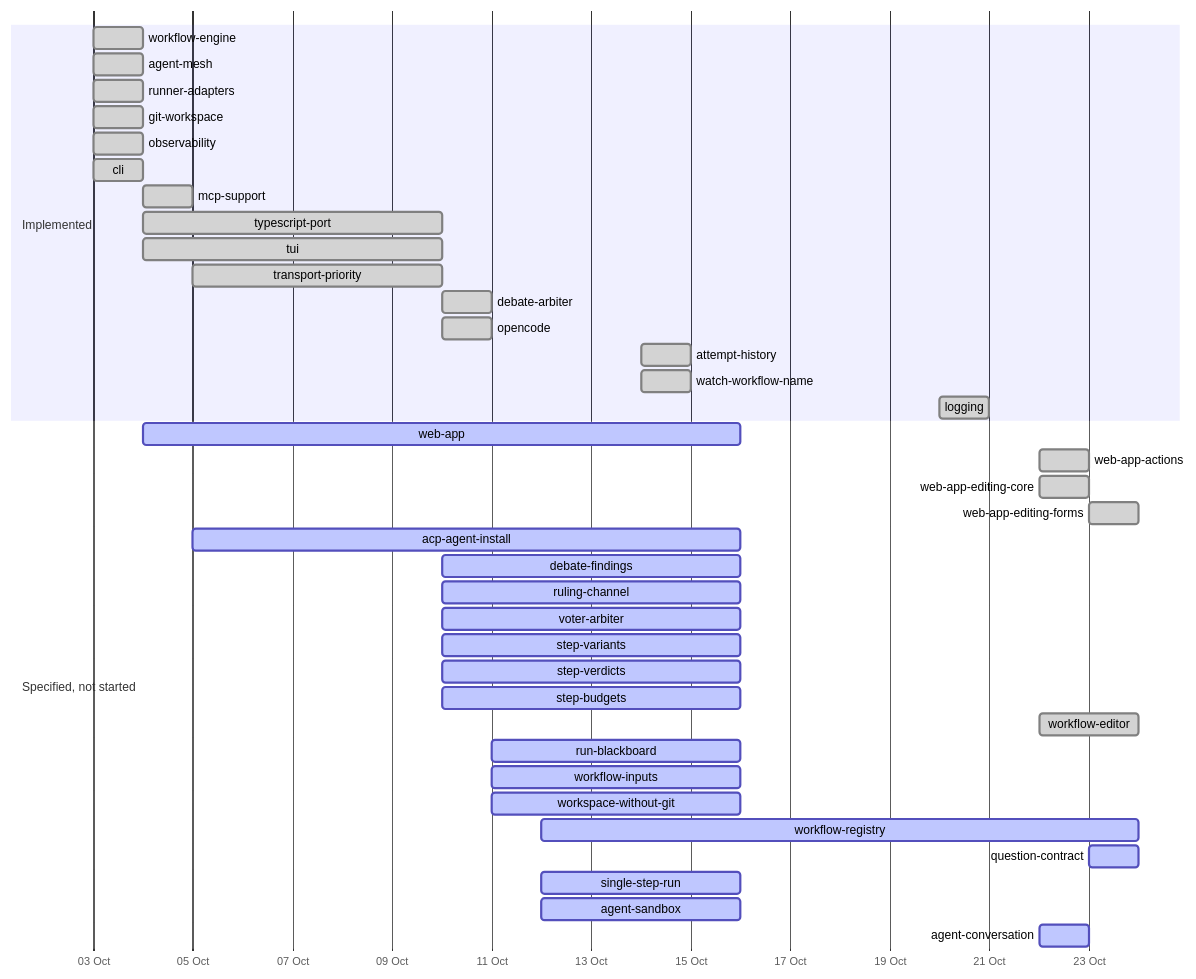
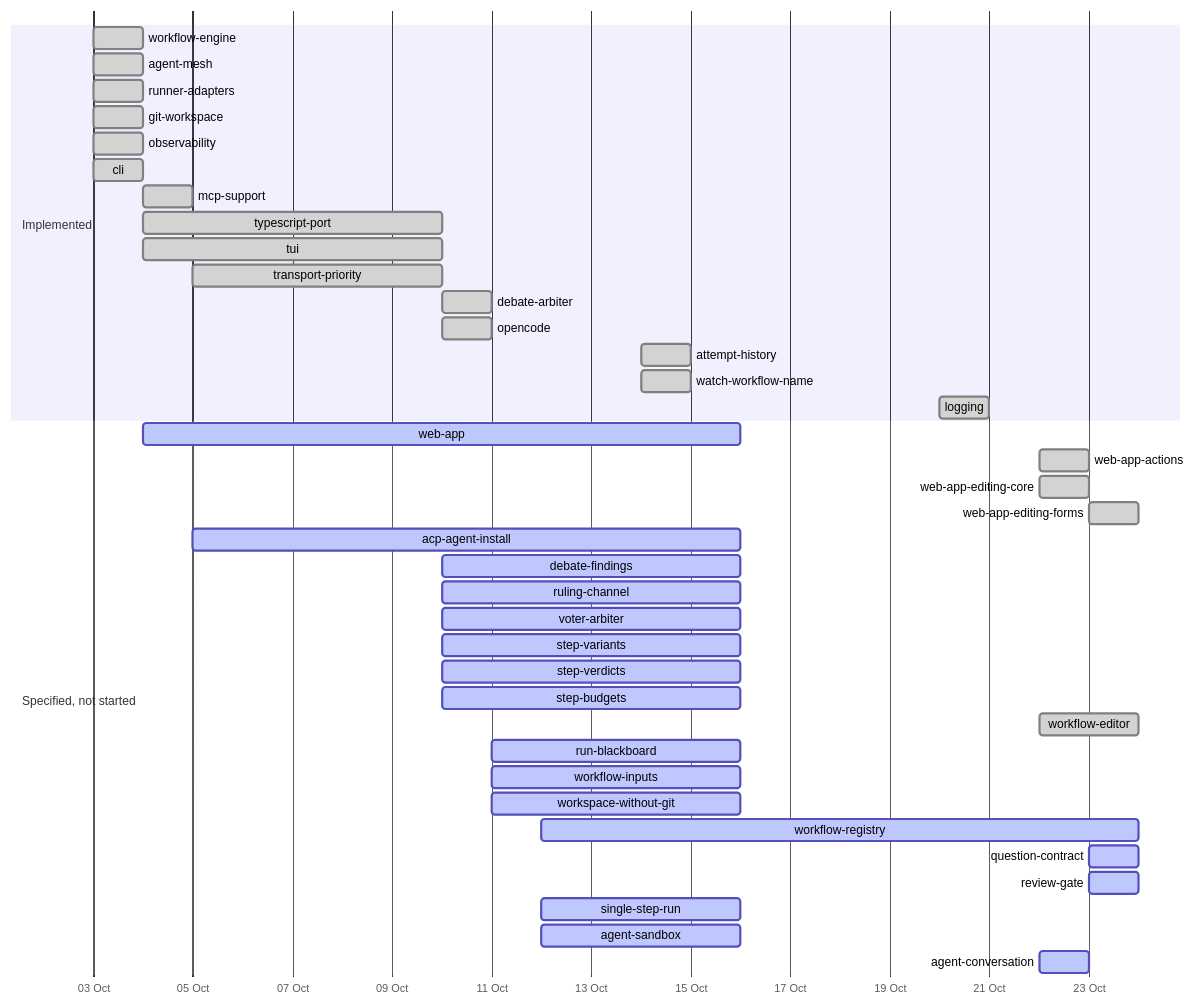
The second of 2 diagrams in specs/DEPENDENCY_MAP.md (yaotzin1/indaba), drawn with Mermaid before and after one commit. The commit also changed other lines of this file and 5 other files, not shown here.

First line of the commit message:
docs(specs): specify the review gate, a point where a person, a panel or a role decides (#71)

````diff
--- a/specs/DEPENDENCY_MAP.md
+++ b/specs/DEPENDENCY_MAP.md
@@ -71,42 +71,43 @@
 ```mermaid
 gantt
     dateFormat YYYY-MM-DD
     axisFormat %d %b
     section Implemented
     workflow-engine        :done, 2026-10-03, 2026-10-04
     agent-mesh             :done, 2026-10-03, 2026-10-04
     runner-adapters        :done, 2026-10-03, 2026-10-04
     git-workspace          :done, 2026-10-03, 2026-10-04
     observability          :done, 2026-10-03, 2026-10-04
     cli                    :done, 2026-10-03, 2026-10-04
     mcp-support            :done, 2026-10-04, 1d
     typescript-port        :done, 2026-10-04, 2026-10-10
     tui                    :done, 2026-10-04, 2026-10-10
     transport-priority     :done, 2026-10-05, 2026-10-10
     debate-arbiter         :done, 2026-10-10, 1d
     opencode               :done, 2026-10-10, 1d
     attempt-history        :done, 2026-10-14, 1d
     watch-workflow-name    :done, 2026-10-14, 1d
     logging                :done, 2026-10-20, 2026-10-21
     section Specified, not started
     web-app                :active, 2026-10-04, 2026-10-16
     web-app-actions        :done, 2026-10-22, 1d
     web-app-editing-core   :done, 2026-10-22, 1d
     web-app-editing-forms  :done, 2026-10-23, 1d
     acp-agent-install      :active, 2026-10-05, 2026-10-16
     debate-findings        :active, 2026-10-10, 2026-10-16
     ruling-channel         :active, 2026-10-10, 2026-10-16
     voter-arbiter          :active, 2026-10-10, 2026-10-16
     step-variants          :active, 2026-10-10, 2026-10-16
     step-verdicts          :active, 2026-10-10, 2026-10-16
     step-budgets           :active, 2026-10-10, 2026-10-16
     workflow-editor        :done, 2026-10-22, 2d
     run-blackboard         :active, 2026-10-11, 2026-10-16
     workflow-inputs        :active, 2026-10-11, 2026-10-16
     workspace-without-git  :active, 2026-10-11, 2026-10-16
     workflow-registry      :active, 2026-10-12, 2026-10-24
     question-contract      :active, 2026-10-23, 2026-10-24
+    review-gate            :active, 2026-10-23, 2026-10-24
     single-step-run        :active, 2026-10-12, 2026-10-16
     agent-sandbox          :active, 2026-10-12, 2026-10-16
     agent-conversation     :active, 2026-10-22, 2026-10-23
 ```
````
